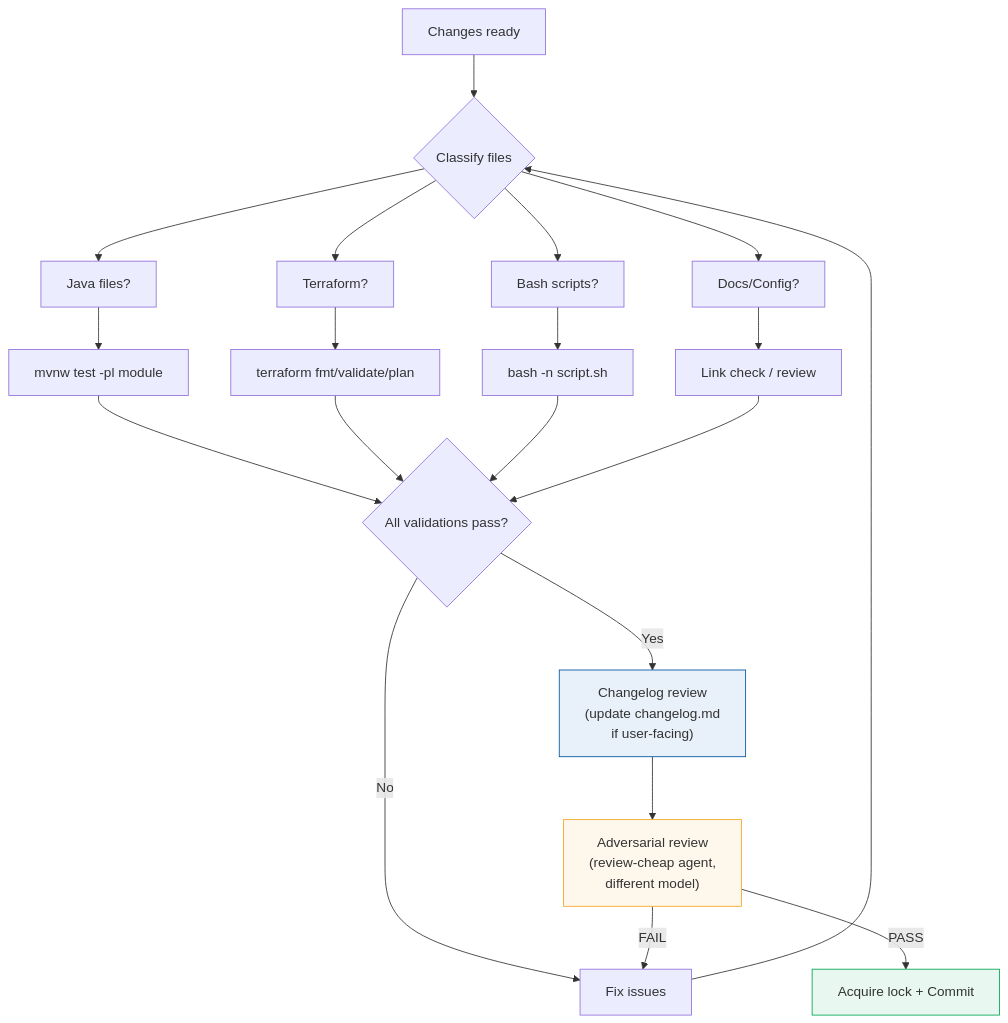
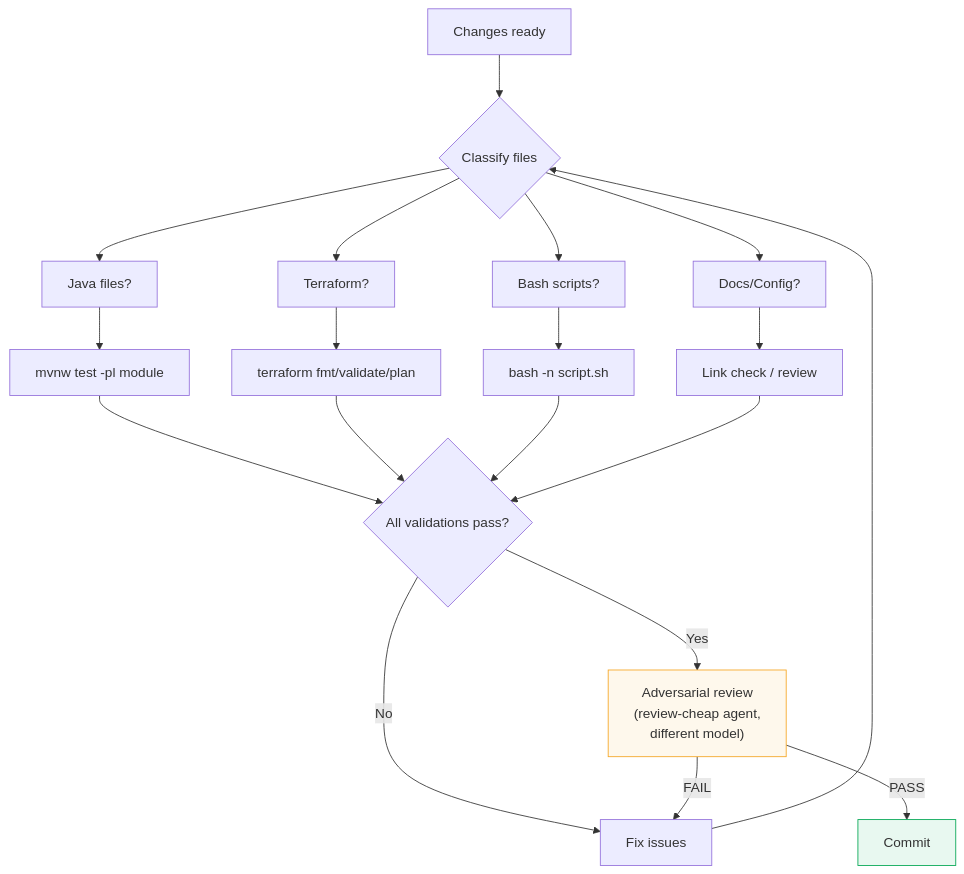
Before and after one commit to sean8601/mockserver-monorepo: the fourth of 7 diagrams in docs/operations/opencode-configuration.md, drawn with Mermaid. The commit also changed other lines of this file and 210 other files, not shown here.

````diff
--- a/docs/operations/opencode-configuration.md
+++ b/docs/operations/opencode-configuration.md
@@ -355,34 +329,30 @@
 ```mermaid
 flowchart TD
     A[Changes ready] --> B{Classify files}
     B --> C[Java files?]
     B --> D[Terraform?]
     B --> E[Bash scripts?]
     B --> F[Docs/Config?]
 
     C --> G["mvnw test -pl module"]
     D --> H["terraform fmt/validate/plan"]
     E --> I["bash -n script.sh"]
     F --> J["Link check / review"]
 
     G --> K{All validations pass?}
     H --> K
     I --> K
     J --> K
 
     K -->|No| L[Fix issues]
     L --> B
 
-    K -->|Yes| CL["Changelog review
-(update changelog.md
-if user-facing)"]
-    CL --> M["Adversarial review
+    K -->|Yes| M["Adversarial review
 (review-cheap agent,
 different model)"]
-    M -->|PASS| N[Acquire lock + Commit]
+    M -->|PASS| N[Commit]
     M -->|FAIL| L
 
-    style CL fill:#e8f0fa,stroke:#00539f
     style M fill:#fef8ec,stroke:#f5a623
     style N fill:#e8f8f0,stroke:#00a651
 ```
````
